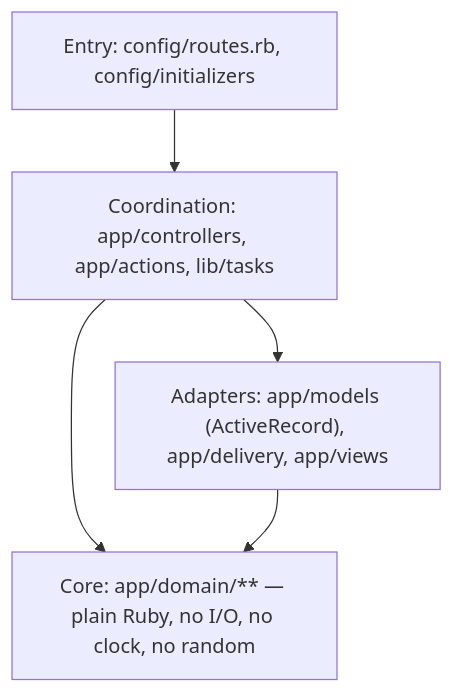
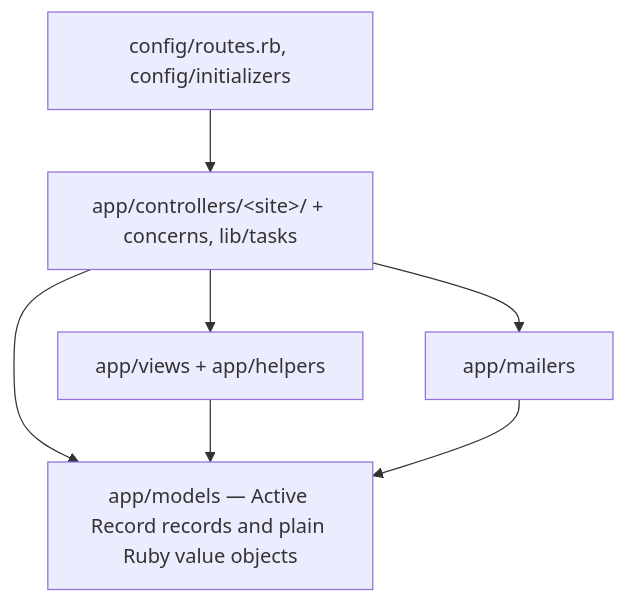
The second of 4 diagrams in prototype/rails/docs/architecture.md (jonathan-beebe/art-store), drawn with Mermaid before and after one commit. The commit also changed other lines of this file and 349 other files, not shown here.

First line of the commit message:
refactor[rails]: fold the domain and action layers into the models [NO-TICKET] (#2)

````diff
--- a/prototype/rails/docs/architecture.md
+++ b/prototype/rails/docs/architecture.md
@@ -32,8 +34,10 @@
 ```mermaid
 flowchart TD
-    entry["Entry: config/routes.rb, config/initializers"] --> coord
-    coord["Coordination: app/controllers, app/actions, lib/tasks"] --> core
-    coord --> adapters
-    adapters["Adapters: app/models (ActiveRecord), app/delivery, app/views"] --> core
-    core["Core: app/domain/** — plain Ruby, no I/O, no clock, no random"]
+    entry["config/routes.rb, config/initializers"] --> controllers
+    controllers["app/controllers/&lt;site&gt;/ + concerns, lib/tasks"] --> models
+    controllers --> views
+    views["app/views + app/helpers"] --> models
+    controllers --> mailers
+    mailers["app/mailers"] --> models
+    models["app/models — Active Record records and plain Ruby value objects"]
 ```
````
